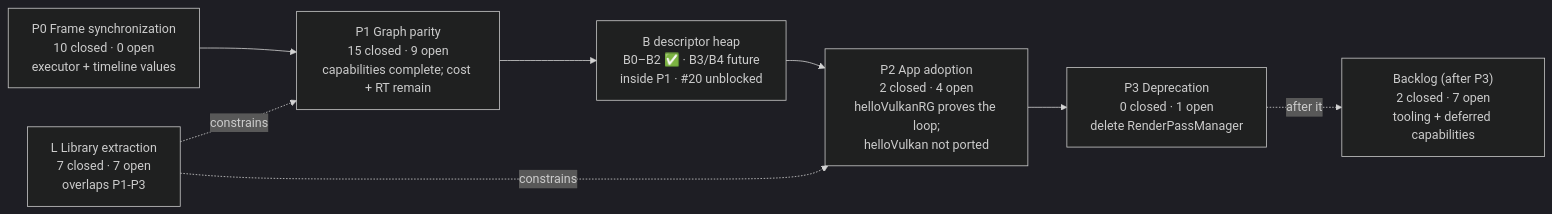
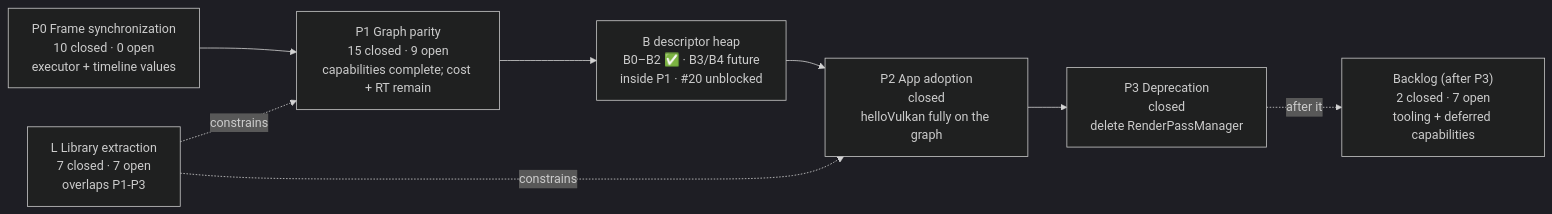
Before and after one commit to v3c70r/Muyo: the first of 4 diagrams in docs/Roadmap-Visual.md, drawn with Mermaid (dark theme). The commit also changed other lines of this file and 39 other files, not shown here.

First line of the commit message:
rg: delete RenderPassManager and the last legacy passes (#51) (#264)

````diff
--- a/docs/Roadmap-Visual.md
+++ b/docs/Roadmap-Visual.md
@@ -22,14 +22,14 @@
 ```mermaid
 flowchart LR
     P0["P0 Frame synchronization<br/>10 closed · 0 open<br/>executor + timeline values"]
     P1["P1 Graph parity<br/>15 closed · 9 open<br/>capabilities complete; cost + RT remain"]
     B["B descriptor heap<br/>B0–B2 ✅ · B3/B4 future<br/>inside P1 · #20 unblocked"]
-    P2["P2 App adoption<br/>2 closed · 4 open<br/>helloVulkanRG proves the loop;<br/>helloVulkan not ported"]
-    P3["P3 Deprecation<br/>0 closed · 1 open<br/>delete RenderPassManager"]
+    P2["P2 App adoption<br/>closed<br/>helloVulkan fully on the graph"]
+    P3["P3 Deprecation<br/>closed<br/>delete RenderPassManager"]
     L["L Library extraction<br/>7 closed · 7 open<br/>overlaps P1-P3"]
     BL["Backlog (after P3)<br/>2 closed · 7 open<br/>tooling + deferred capabilities"]
     P0 --> P1 --> B --> P2 --> P3
     L -. constrains .-> P1
     L -. constrains .-> P2
     P3 -. after it .-> BL
 ```
````
